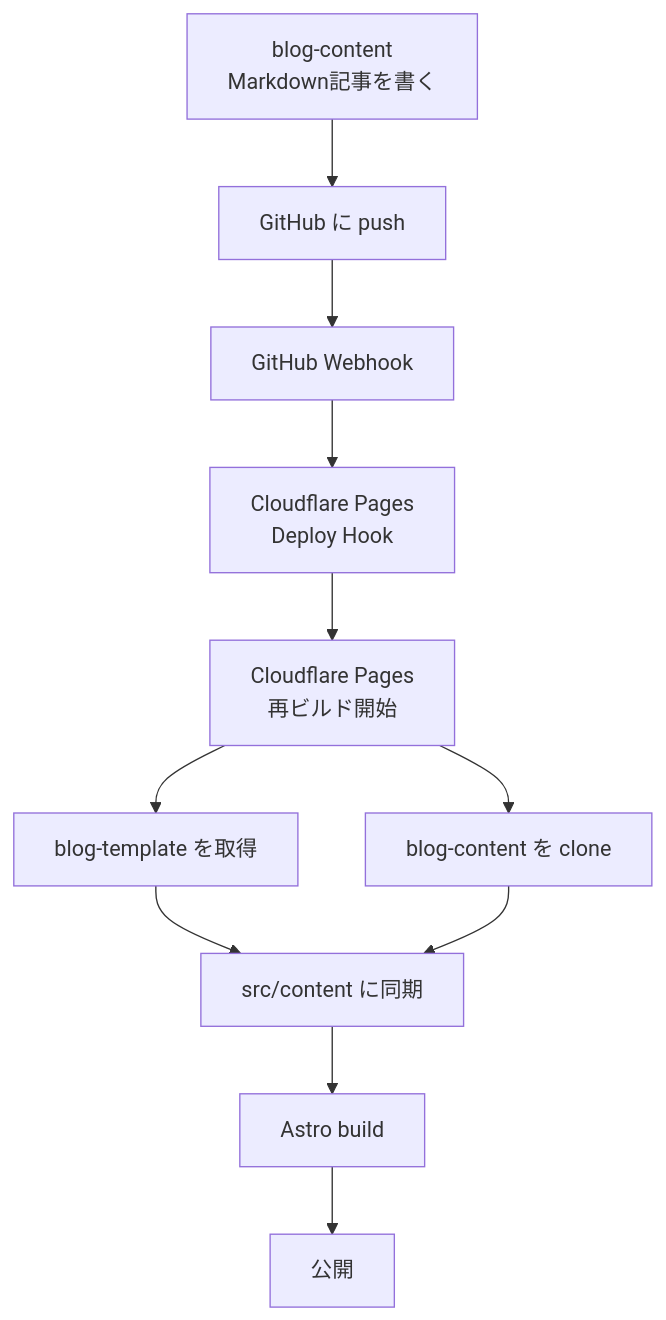
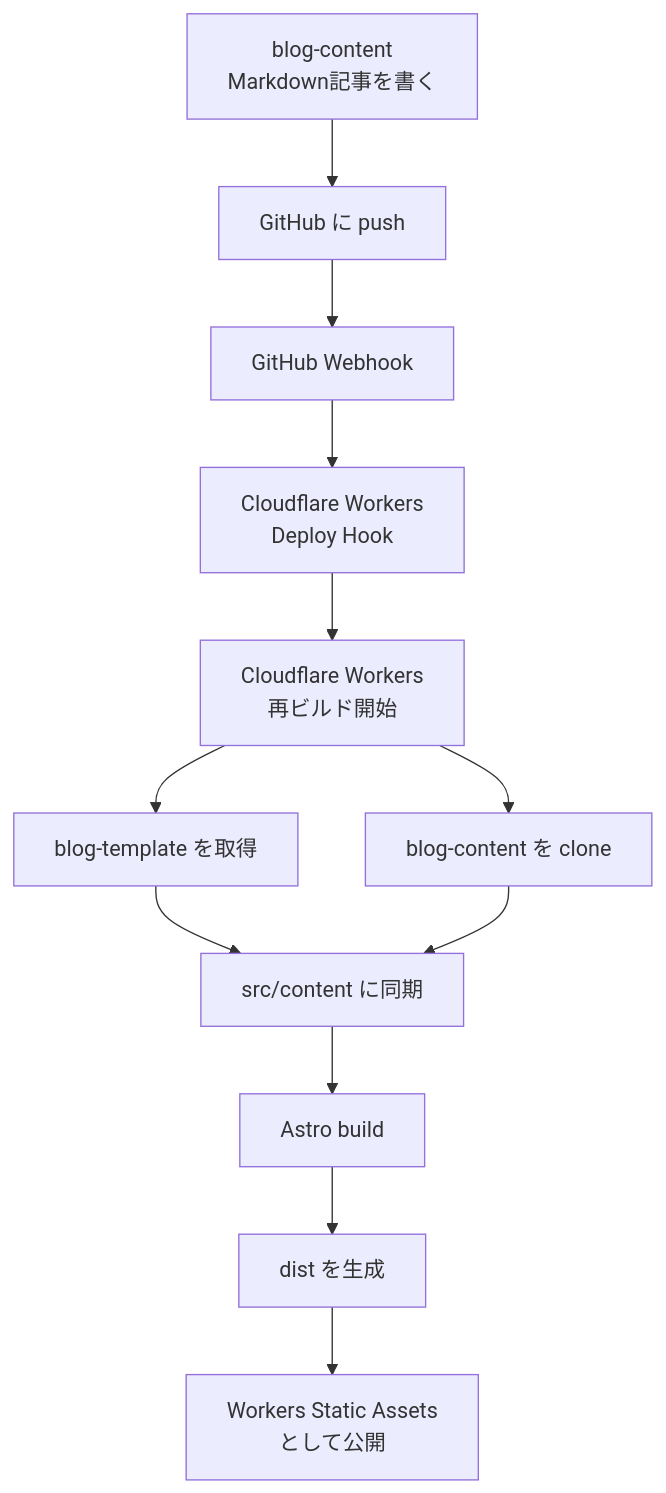
Before and after one commit to takuyaw-w/blog-content: the diagram in blog/2026/06/create-blog/index.md, drawn with Mermaid. The commit also changed other lines of this file, not shown here.

Commit message:
fix: Cloudflare PagesからCloudflare Workersへの移行に伴う説明文の修正

````diff
--- a/blog/2026/06/create-blog/index.md
+++ b/blog/2026/06/create-blog/index.md
@@ -67,20 +93,21 @@
 ```mermaid
 flowchart TD
   A["blog-content<br/>Markdown記事を書く"]
   B["GitHub に push"]
   C["GitHub Webhook"]
-  D["Cloudflare Pages<br/>Deploy Hook"]
-  E["Cloudflare Pages<br/>再ビルド開始"]
+  D["Cloudflare Workers<br/>Deploy Hook"]
+  E["Cloudflare Workers<br/>再ビルド開始"]
   F["blog-template を取得"]
   G["blog-content を clone"]
   H["src/content に同期"]
   I["Astro build"]
-  J["公開"]
+  J["dist を生成"]
+  K["Workers Static Assets<br/>として公開"]
 
   A --> B --> C --> D --> E
   E --> F
   E --> G
   F --> H
   G --> H
-  H --> I --> J
+  H --> I --> J --> K
 ```
````
